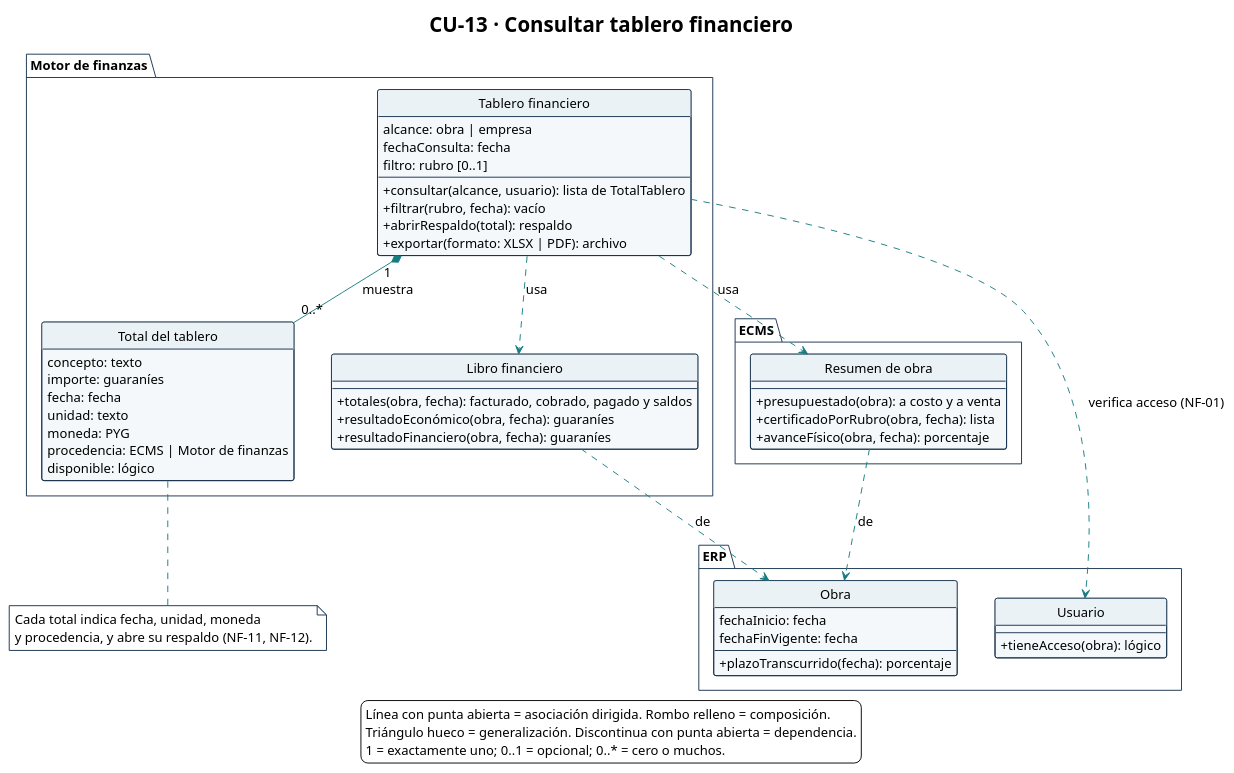
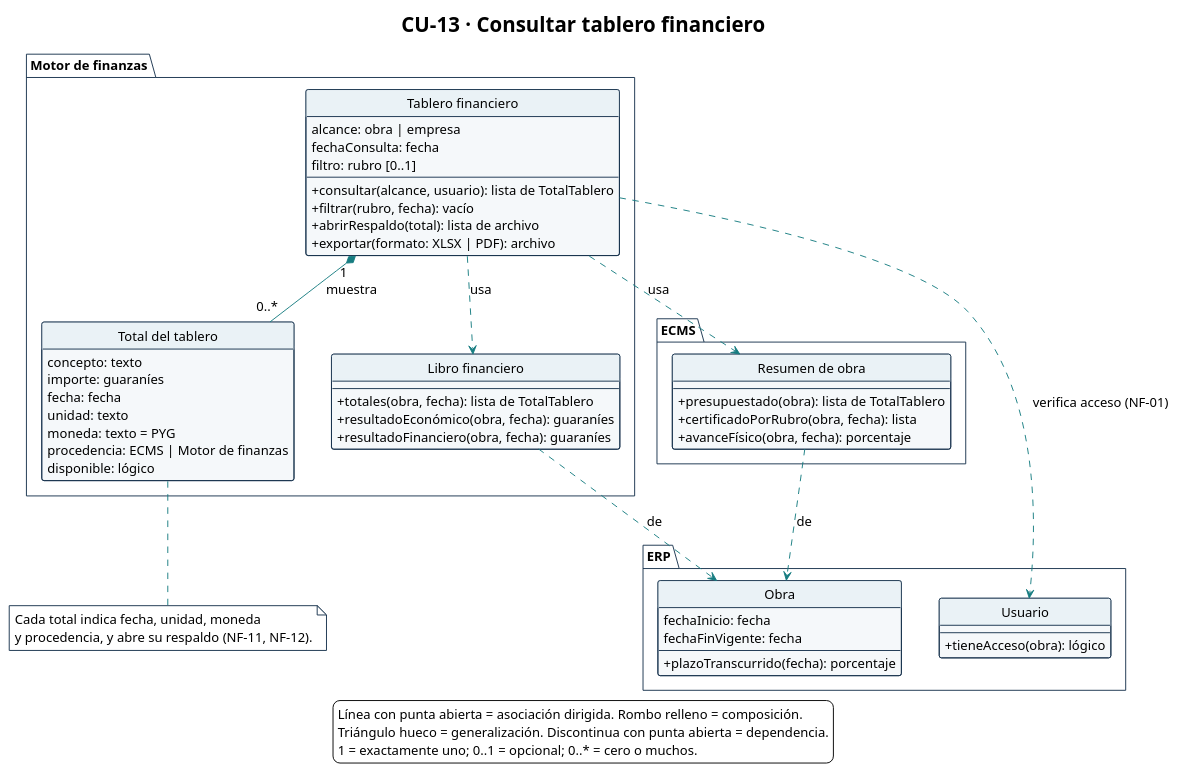
One commit to Ssrrb/tpf-uca changed the diagram in diagramas/CU-13-clases.puml. Above: the diagram before and after it, drawn with PlantUML. The commit also changed 13 other files, not shown here.

```diff
--- a/diagramas/CU-13-clases.puml
+++ b/diagramas/CU-13-clases.puml
@@ -1,98 +1,98 @@
 @startuml
 !theme plain
 skinparam style strictuml
 title CU-13 · Consultar tablero financiero
 hide circle
 hide empty methods
 hide empty fields
 skinparam shadowing false
 skinparam classAttributeIconSize 0
 skinparam defaultFontName Arial
 skinparam defaultFontSize 14
 skinparam nodesep 40
 skinparam ranksep 50
 skinparam ArrowColor #167C80
 skinparam class {
   BackgroundColor #F5F8FA
   BorderColor #17324D
   HeaderBackgroundColor #EAF2F6
 }
 skinparam package {
   BackgroundColor #FFFFFF
   BorderColor #17324D
 }
 skinparam note {
   BackgroundColor #FFFFFF
   BorderColor #17324D
 }
 package "Motor de finanzas" {
   class "Tablero financiero" as Tablero {
     alcance: obra | empresa
     fechaConsulta: fecha
     filtro: rubro [0..1]
     --
     + consultar(alcance, usuario): lista de TotalTablero
     + filtrar(rubro, fecha): vacío
-    + abrirRespaldo(total): respaldo
+    + abrirRespaldo(total): lista de archivo
     + exportar(formato: XLSX | PDF): archivo
   }
 
   class "Total del tablero" as TotalTablero {
     concepto: texto
     importe: guaraníes
     fecha: fecha
     unidad: texto
-    moneda: PYG
+    moneda: texto = PYG
     procedencia: ECMS | Motor de finanzas
     disponible: lógico
   }
 
   class "Libro financiero" as LibroFinanciero {
     --
-    + totales(obra, fecha): facturado, cobrado, pagado y saldos
+    + totales(obra, fecha): lista de TotalTablero
     + resultadoEconómico(obra, fecha): guaraníes
     + resultadoFinanciero(obra, fecha): guaraníes
   }
 }
 
 package "ECMS" {
   class "Resumen de obra" as ResumenObra {
     --
-    + presupuestado(obra): a costo y a venta
+    + presupuestado(obra): lista de TotalTablero
     + certificadoPorRubro(obra, fecha): lista
     + avanceFísico(obra, fecha): porcentaje
   }
 }
 
 package "ERP" {
   class Usuario {
     --
     + tieneAcceso(obra): lógico
   }
 
   class Obra {
     fechaInicio: fecha
     fechaFinVigente: fecha
     --
     + plazoTranscurrido(fecha): porcentaje
   }
 }
 
 Tablero "1" *-- "0..*" TotalTablero : muestra
 Tablero ..> LibroFinanciero : usa
 Tablero ..> ResumenObra : usa
 Tablero ..> Usuario : verifica acceso (NF-01)
 ResumenObra ..> Obra : de
 LibroFinanciero ..> Obra : de
 
 note bottom of TotalTablero
   Cada total indica fecha, unidad, moneda
   y procedencia, y abre su respaldo (NF-11, NF-12).
 end note
 
 legend bottom
   Línea con punta abierta = asociación dirigida. Rombo relleno = composición.
   Triángulo hueco = generalización. Discontinua con punta abierta = dependencia.
   1 = exactamente uno; 0..1 = opcional; 0..* = cero o muchos.
 endlegend
 @enduml
```
